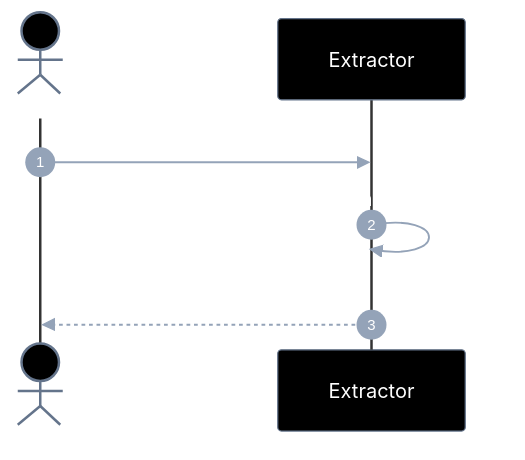
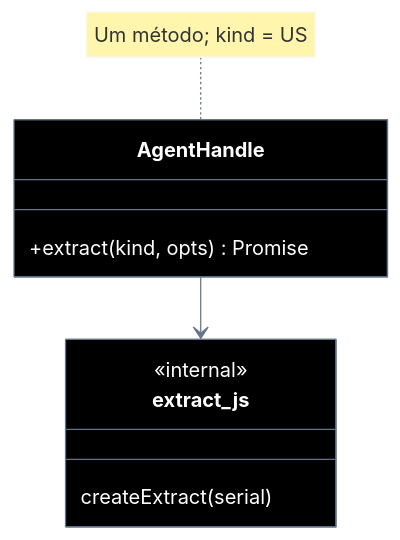
The second of 2 diagrams in connectmax/screen-robot/implementation-plan/EP-05-extrair-elementos.md (laerciogermano/workstation), drawn with Mermaid before and after one commit. The commit also changed other lines of this file and 5 other files, not shown here.

First line of the commit message:
Alinha planos EP-03..06 ao padrão do handle (provisionar → métodos no AgentHandle).

````diff
--- a/connectmax/screen-robot/implementation-plan/EP-05-extrair-elementos.md
+++ b/connectmax/screen-robot/implementation-plan/EP-05-extrair-elementos.md
@@ -348,51 +161,37 @@
 ```mermaid
 ---
 config:
   theme: base
   themeVariables:
     darkMode: true
     background: '#000000'
     primaryColor: '#000000'
     primaryTextColor: '#ffffff'
     primaryBorderColor: '#64748b'
     secondaryColor: '#000000'
     secondaryTextColor: '#ffffff'
     secondaryBorderColor: '#64748b'
     tertiaryColor: '#000000'
     tertiaryTextColor: '#ffffff'
     tertiaryBorderColor: '#64748b'
     lineColor: '#64748b'
     textColor: '#ffffff'
     mainBkg: '#000000'
     nodeBorder: '#64748b'
     clusterBkg: '#000000'
     clusterBorder: '#333333'
     titleColor: '#ffffff'
-    edgeLabelBackground: '#000000'
-    actorBkg: '#000000'
-    actorBorder: '#64748b'
-    actorTextColor: '#ffffff'
-    actorLineColor: '#333333'
-    signalColor: '#94a3b8'
-    signalTextColor: '#ffffff'
-    labelBoxBkgColor: '#000000'
-    labelBoxBorderColor: '#64748b'
-    labelTextColor: '#ffffff'
-    loopTextColor: '#ffffff'
-    noteBorderColor: '#64748b'
-    noteBkgColor: '#111111'
-    noteTextColor: '#ffffff'
-    activationBorderColor: '#64748b'
-    activationBkgColor: '#1a1a1a'
-    sequenceNumberColor: '#ffffff'
     classText: '#ffffff'
 ---
-sequenceDiagram
-  autonumber
-  actor Dev as Caller
-  participant X as Extractor
-
-  Dev->>X: extractImages(serial|tree)
-  X->>X: nodes imagem/foto + bounds
-  X-->>Dev: tree kind=image
+classDiagram
+  direction TB
+  class AgentHandle {
+    +extract(kind, opts) Promise
+  }
+  class extract_js {
+    <<internal>>
+    createExtract(serial)
+  }
+  note for AgentHandle "Um método; kind = US"
+  AgentHandle --> extract_js
 ```
````
